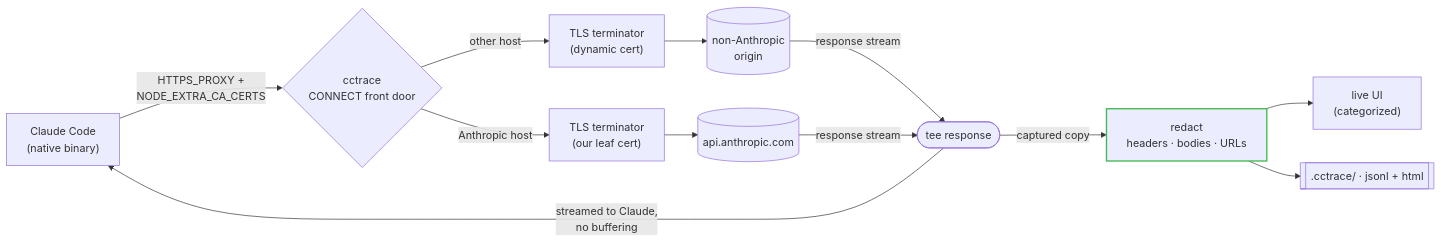
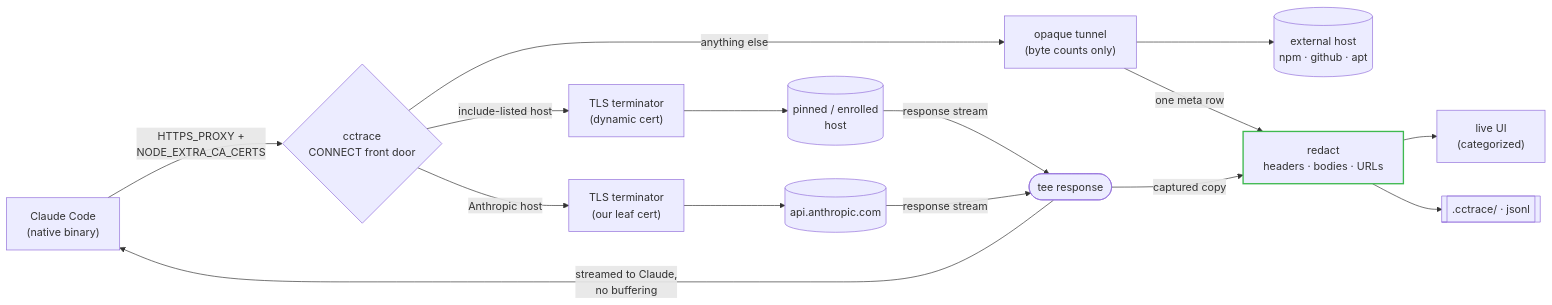
The diagram in README.md (thevibeworks/cctrace), drawn with Mermaid before and after one commit. The commit also changed other lines of this file and 2 other files, not shown here.

````diff
--- a/README.md
+++ b/README.md
@@ -365,28 +397,33 @@
 ```mermaid
 flowchart LR
     CC["Claude Code<br/>(native binary)"]
     FD{"cctrace<br/>CONNECT front door"}
     TLS["TLS terminator<br/>(our leaf cert)"]
     BT["TLS terminator<br/>(dynamic cert)"]
+    TUN["opaque tunnel<br/>(byte counts only)"]
     API[("api.anthropic.com")]
-    ORI[("non-Anthropic<br/>origin")]
+    PIN[("pinned / enrolled<br/>host")]
+    EXT[("external host<br/>npm · github · apt")]
     TEE(["tee response"])
     RD["redact<br/>headers · bodies · URLs"]
     UI["live UI<br/>(categorized)"]
-    OUT[[".cctrace/ · jsonl + html"]]
+    OUT[[".cctrace/ · jsonl"]]
 
     CC -- "HTTPS_PROXY +<br/>NODE_EXTRA_CA_CERTS" --> FD
     FD -- "Anthropic host" --> TLS
-    FD -- "other host" --> BT
+    FD -- "include-listed host" --> BT
+    FD -- "anything else" --> TUN
     TLS --> API
-    BT --> ORI
-    ORI -- "response stream" --> TEE
+    BT --> PIN
+    TUN --> EXT
+    PIN -- "response stream" --> TEE
     API -- "response stream" --> TEE
+    TUN -- "one meta row" --> RD
     TEE -- "streamed to Claude,<br/>no buffering" --> CC
     TEE -- "captured copy" --> RD
     RD --> UI
     RD --> OUT
 
     classDef accent stroke:#3fb950,stroke-width:2px;
     class RD accent
 ```
````
